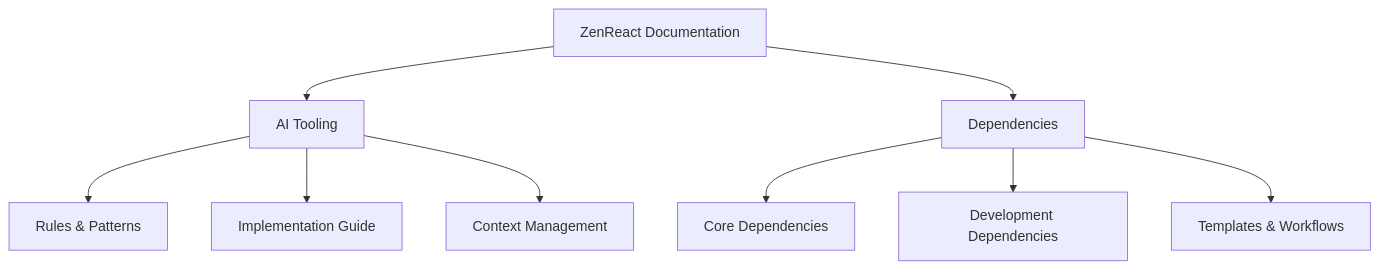
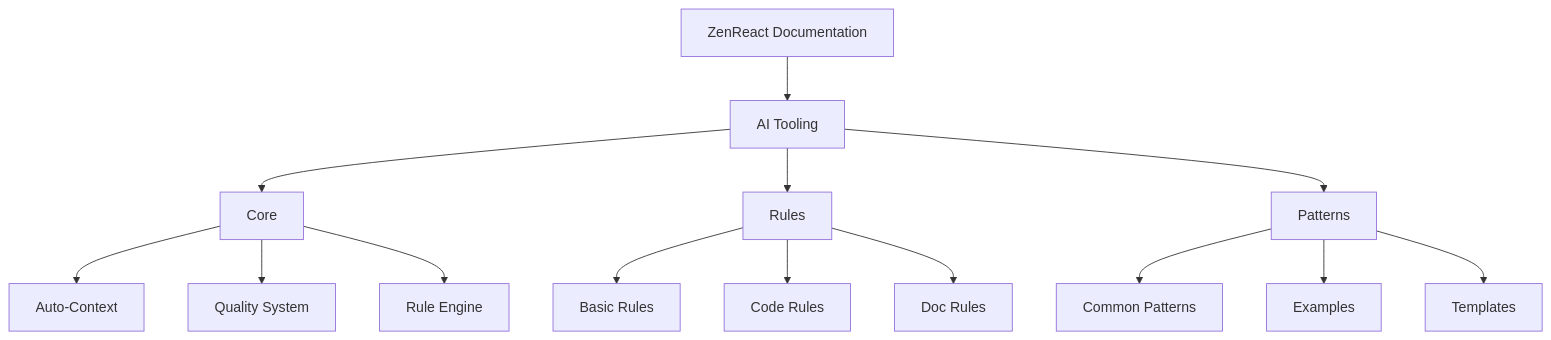
The diagram in docs/README.md (lamtran2601/zenreact), drawn with Mermaid before and after one commit. The commit also changed other lines of this file and 67 other files, not shown here.

````diff
--- a/docs/README.md
+++ b/docs/README.md
@@ -12,13 +9,20 @@
 ```mermaid
 graph TD
     A[ZenReact Documentation] --> B[AI Tooling]
-    A --> C[Dependencies]
 
-    B --> B1[Rules & Patterns]
-    B --> B2[Implementation Guide]
-    B --> B3[Context Management]
+    B --> B1[Core]
+    B --> B2[Rules]
+    B --> B3[Patterns]
 
-    C --> C1[Core Dependencies]
-    C --> C2[Development Dependencies]
-    C --> C3[Templates & Workflows]
+    B1 --> B1a[Auto-Context]
+    B1 --> B1b[Quality System]
+    B1 --> B1c[Rule Engine]
+
+    B2 --> B2a[Basic Rules]
+    B2 --> B2b[Code Rules]
+    B2 --> B2c[Doc Rules]
+
+    B3 --> B3a[Common Patterns]
+    B3 --> B3b[Examples]
+    B3 --> B3c[Templates]
 ```
````
